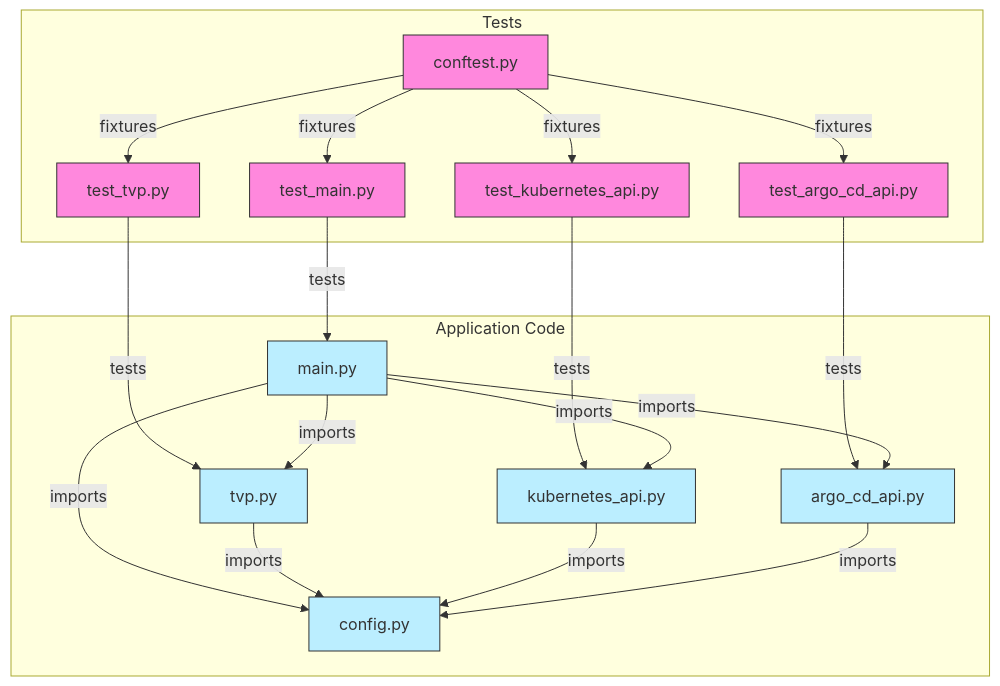
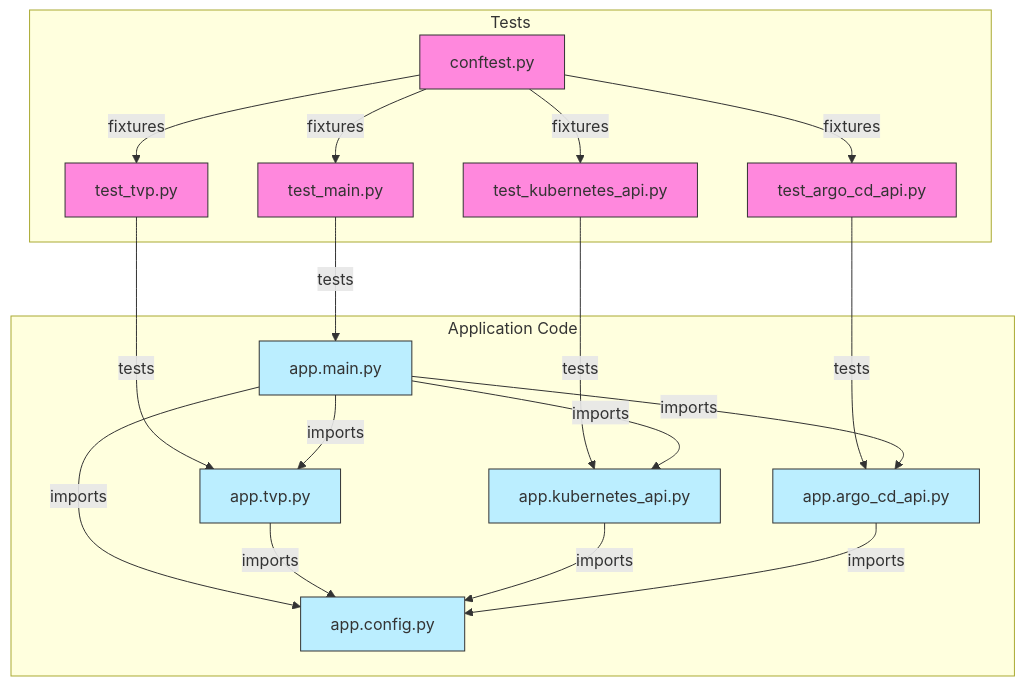
Before and after one commit to lloydchang/tvp-k8s: diagram 11 of 11 in README.md, drawn with Mermaid. The commit also changed other lines of this file and 7 other files, not shown here.

````diff
--- a/README.md
+++ b/README.md
@@ -746,43 +752,43 @@
 ```mermaid
 flowchart TD
     subgraph Tests
         conftest[conftest.py]
         test_main[test_main.py]
         test_tvp[test_tvp.py]
         test_kubernetes[test_kubernetes_api.py]
         test_argo[test_argo_cd_api.py]
     end
 
     subgraph "Application Code"
-        main[main.py]
-        tvp[tvp.py]
-        kubernetes[kubernetes_api.py]
-        argo[argo_cd_api.py]
-        config[config.py]
+        main[app.main.py]
+        tvp[app.tvp.py]
+        kubernetes[app.kubernetes_api.py]
+        argo[app.argo_cd_api.py]
+        config[app.config.py]
     end
 
     conftest --> |fixtures| test_main
     conftest --> |fixtures| test_tvp
     conftest --> |fixtures| test_kubernetes
     conftest --> |fixtures| test_argo
 
     test_main --> |tests| main
     test_tvp --> |tests| tvp
     test_kubernetes --> |tests| kubernetes
     test_argo --> |tests| argo
 
     main --> |imports| tvp
     main --> |imports| kubernetes
     main --> |imports| argo
     main --> |imports| config
 
     tvp --> |imports| config
     kubernetes --> |imports| config
     argo --> |imports| config
 
     classDef testFile fill:#f8d,stroke:#333,stroke-width:1px
     classDef appFile fill:#bef,stroke:#333,stroke-width:1px
     
     class conftest,test_main,test_tvp,test_kubernetes,test_argo testFile
     class main,tvp,kubernetes,argo,config appFile
 ```
````
